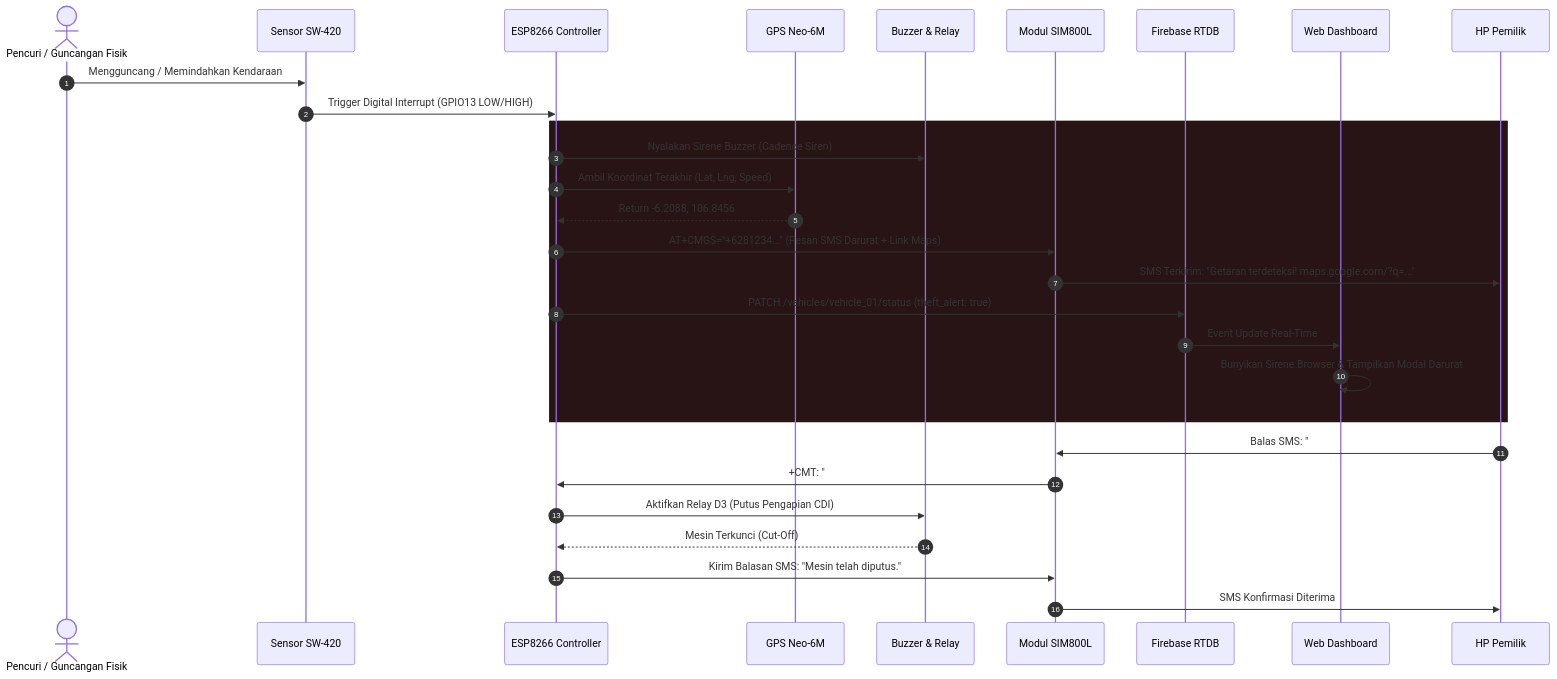
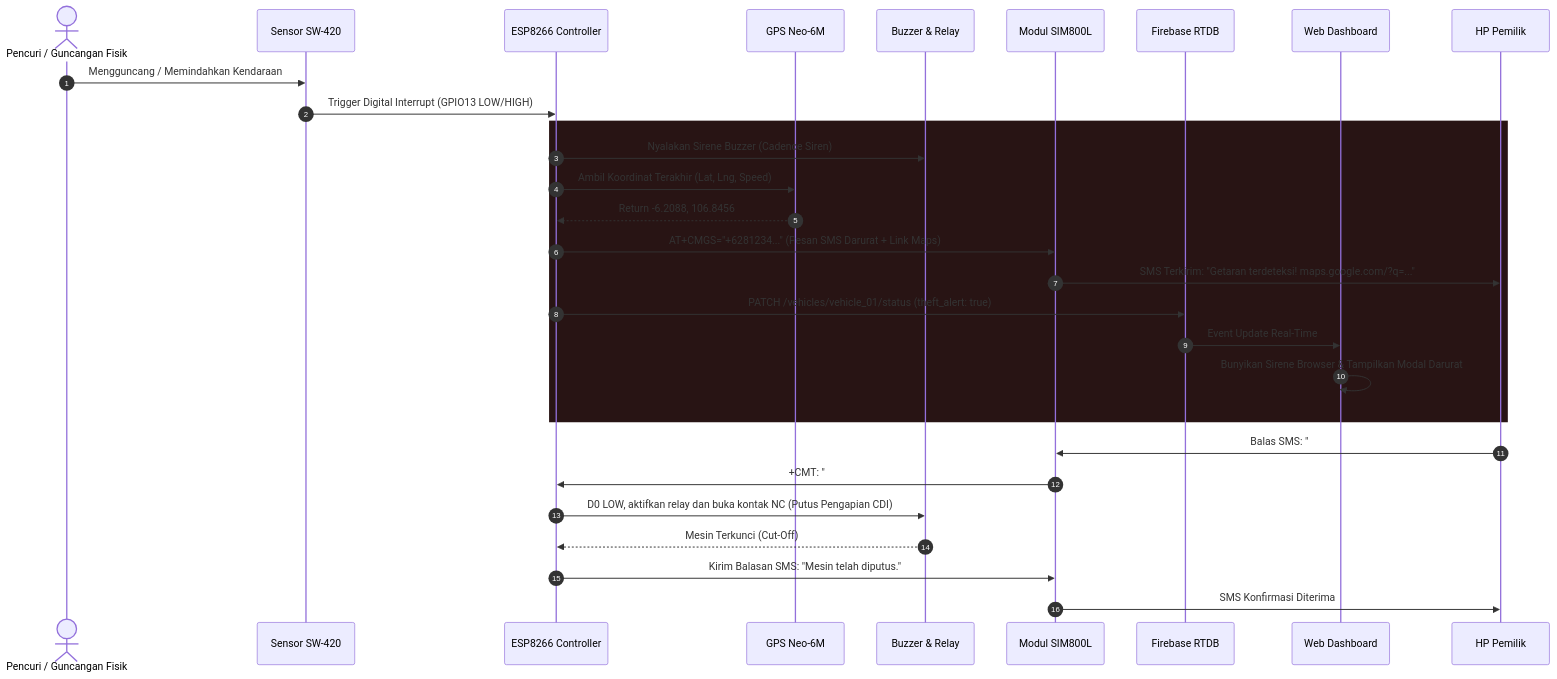
Before and after one commit to abdulsudirman112233-maker/motor-monitor: the third of 3 diagrams in SYSTEM_DESIGN.md, drawn with Mermaid. The commit also changed other lines of this file and 44 other files, not shown here.

````diff
--- a/SYSTEM_DESIGN.md
+++ b/SYSTEM_DESIGN.md
@@ -70,36 +70,36 @@
 ```mermaid
 sequenceDiagram
     autonumber
     actor Pencuri as Pencuri / Guncangan Fisik
     participant SW as Sensor SW-420
     participant ESP as ESP8266 Controller
     participant GPS as GPS Neo-6M
     participant Act as Buzzer & Relay
     participant GSM as Modul SIM800L
     participant FB as Firebase RTDB
     participant Web as Web Dashboard
     participant Owner as HP Pemilik
 
     Pencuri->>SW: Mengguncang / Memindahkan Kendaraan
     SW->>ESP: Trigger Digital Interrupt (GPIO13 LOW/HIGH)
     
     rect rgb(40, 20, 20)
         ESP->>Act: Nyalakan Sirene Buzzer (Cadence Siren)
         ESP->>GPS: Ambil Koordinat Terakhir (Lat, Lng, Speed)
         GPS-->>ESP: Return -6.2088, 106.8456
         
         ESP->>GSM: AT+CMGS="+6281234..." (Pesan SMS Darurat + Link Maps)
         GSM->>Owner: SMS Terkirim: "Getaran terdeteksi! maps.google.com/?q=..."
         
         ESP->>FB: PATCH /vehicles/vehicle_01/status (theft_alert: true)
         FB->>Web: Event Update Real-Time
         Web->>Web: Bunyikan Sirene Browser & Tampilkan Modal Darurat
     end
     
     Owner->>GSM: Balas SMS: "#MATIKAN"
     GSM->>ESP: +CMT: "#MATIKAN"
-    ESP->>Act: Aktifkan Relay D3 (Putus Pengapian CDI)
+    ESP->>Act: D0 LOW, aktifkan relay dan buka kontak NC (Putus Pengapian CDI)
     Act-->>ESP: Mesin Terkunci (Cut-Off)
     ESP->>GSM: Kirim Balasan SMS: "Mesin telah diputus."
     GSM->>Owner: SMS Konfirmasi Diterima
 ```
````
